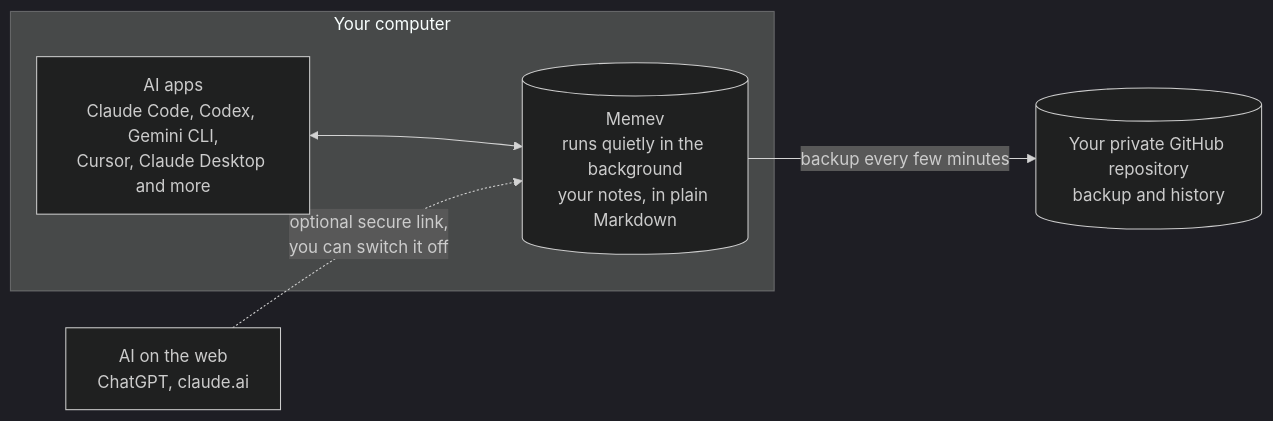
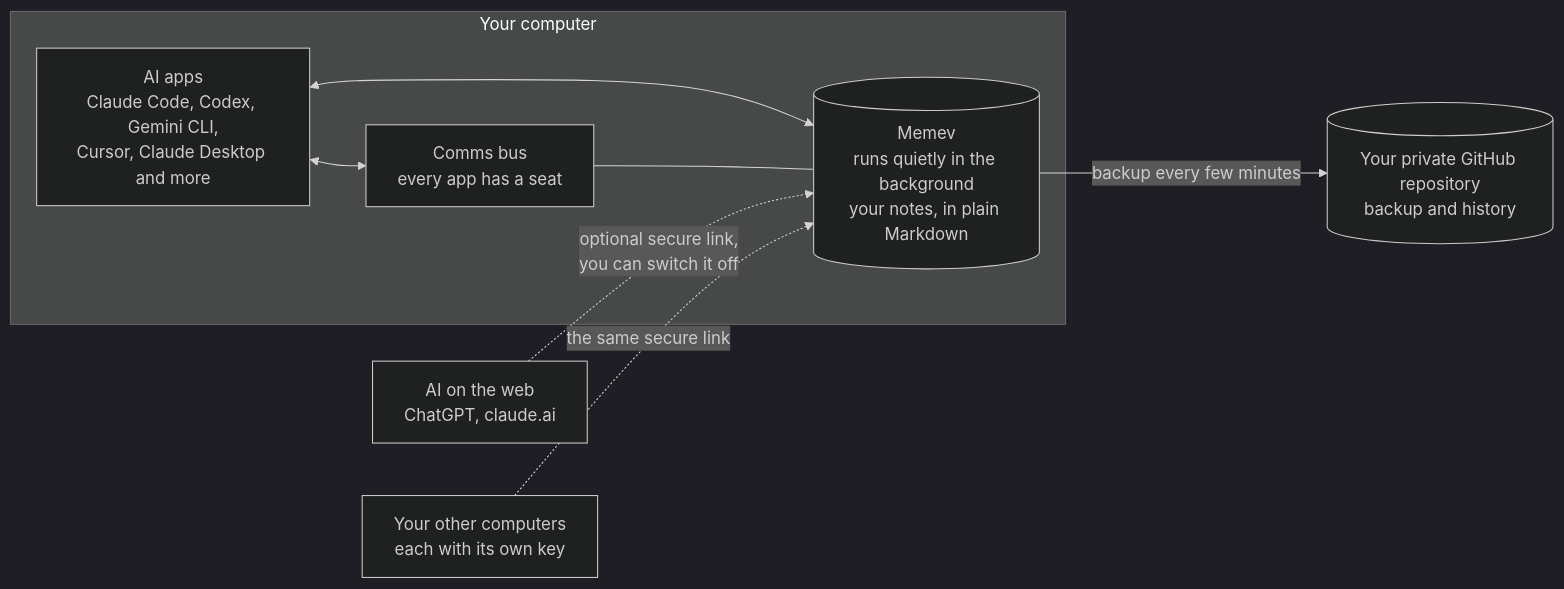
One commit to mgillr/memev changed the first of 2 diagrams in README.md. Above: the diagram before and after it, drawn with Mermaid (dark theme). The commit also changed other lines of this file and 23 other files, not shown here.

````diff
--- a/README.md
+++ b/README.md
@@ -11,12 +11,17 @@
 ```mermaid
 flowchart LR
     subgraph computer["Your computer"]
         apps["AI apps<br/>Claude Code, Codex, Gemini CLI,<br/>Cursor, Claude Desktop and more"]
         vault[("Memev<br/>runs quietly in the background<br/>your notes, in plain Markdown")]
+        bus["Comms bus<br/>every app has a seat"]
         apps <--> vault
+        apps <--> bus
+        bus --- vault
     end
     github[("Your private GitHub repository<br/>backup and history")]
     cloud["AI on the web<br/>ChatGPT, claude.ai"]
+    laptop["Your other computers<br/>each with its own key"]
     vault -- "backup every few minutes" --> github
     cloud -. "optional secure link,<br/>you can switch it off" .-> vault
+    laptop -. "the same secure link" .-> vault
 ```
````
